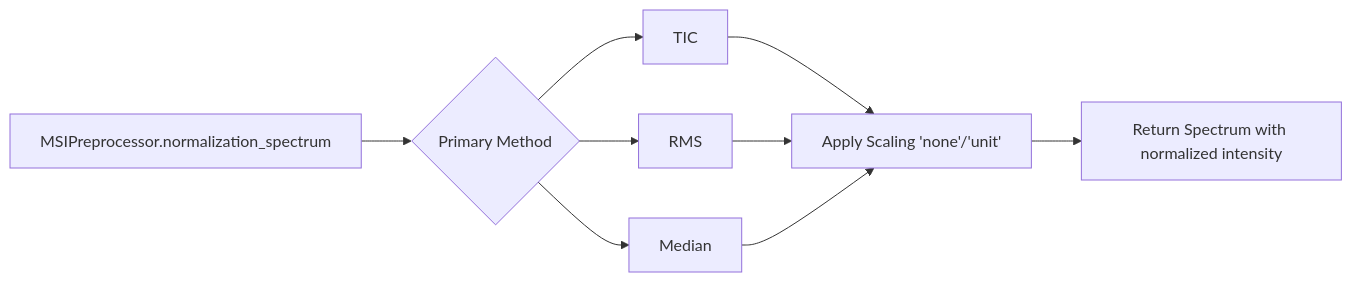
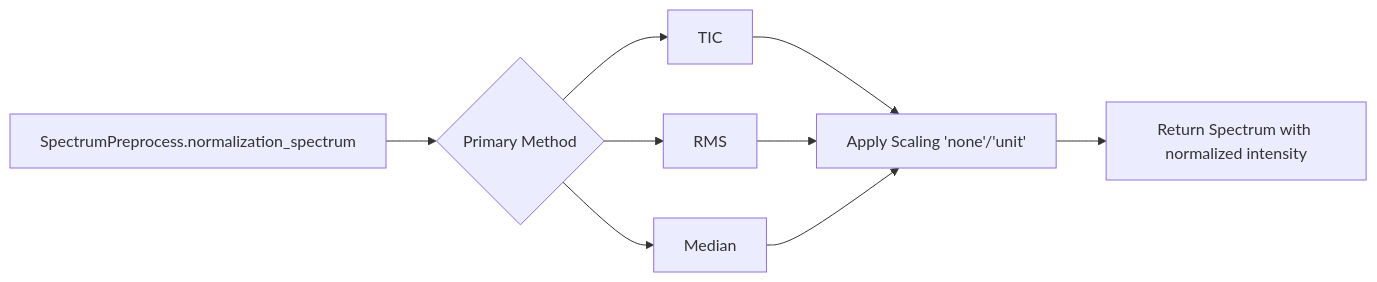
One commit to dil666555/MassFlow_v0.1 changed the diagram in docs/en/normalization.md. Above: the diagram before and after it, drawn with Mermaid. The commit also changed other lines of this file and 24 other files, not shown here.

````diff
--- a/docs/en/normalization.md
+++ b/docs/en/normalization.md
@@ -16,12 +16,12 @@
 ```mermaid
 graph LR
 
-  A[MSIPreprocessor.normalization_spectrum] --> B{Primary Method}
+  A[SpectrumPreprocess.normalization_spectrum] --> B{Primary Method}
   B --> C[TIC]
   B --> D[RMS]
   B --> E[Median]
   C --> F[Apply Scaling 'none'/'unit' ]
   D --> F
   E --> F
   F --> G[Return Spectrum with normalized intensity]
 ```
````
